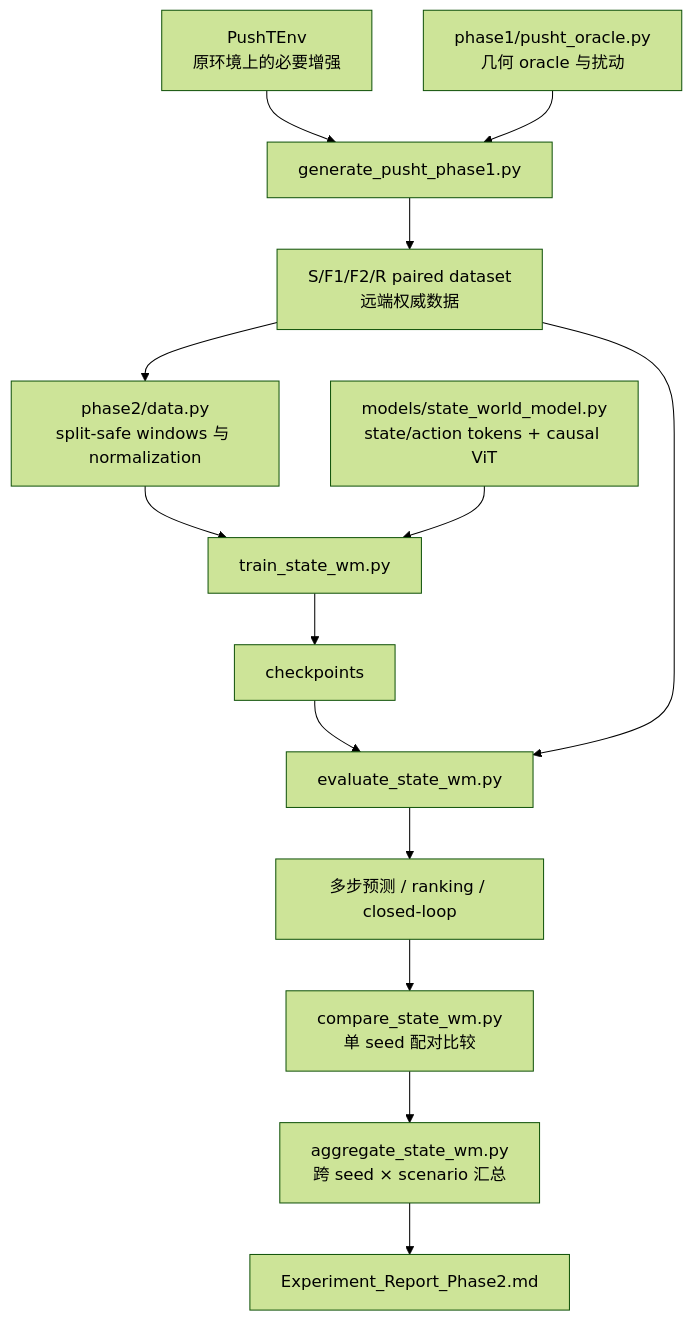
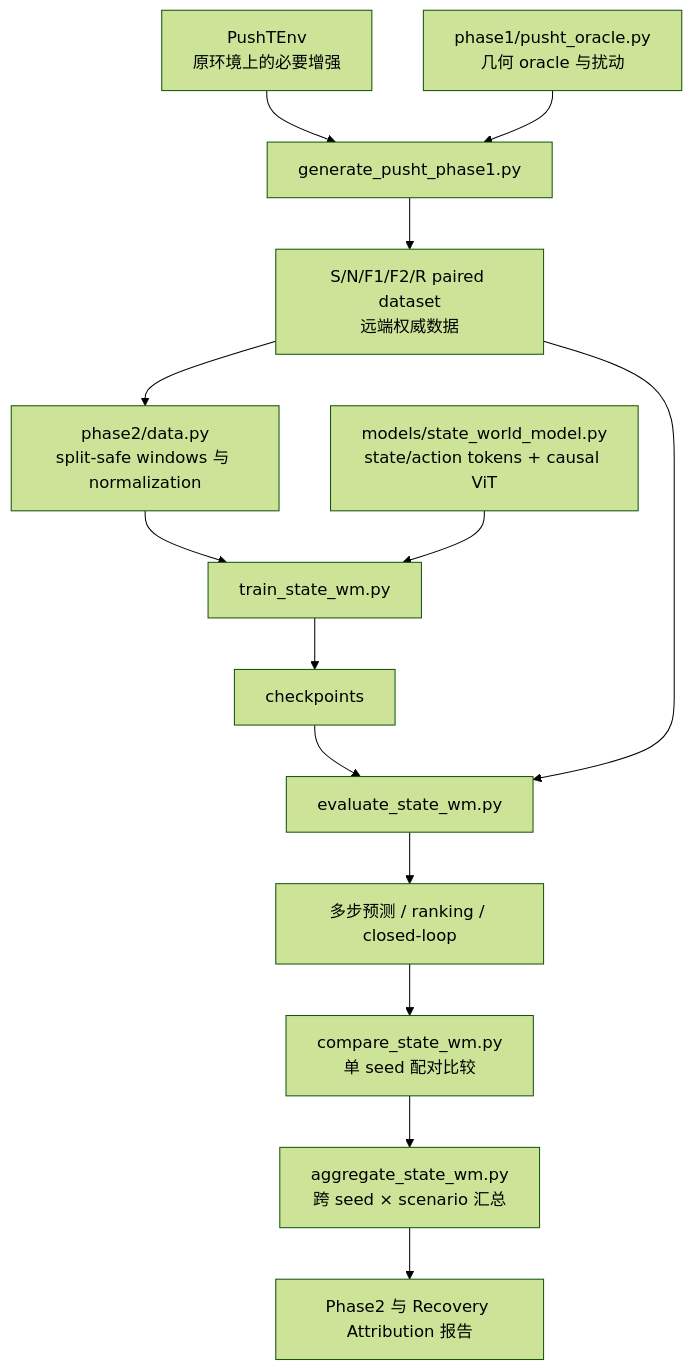
One commit to MoliaiELS/dino_wm changed the diagram in IMPLEMENTATION_OVERVIEW.md. Above: the diagram before and after it, drawn with Mermaid (forest theme). The commit also changed other lines of this file and 3 other files, not shown here.

Commit message:
document recovery attribution pilot

````diff
--- a/IMPLEMENTATION_OVERVIEW.md
+++ b/IMPLEMENTATION_OVERVIEW.md
@@ -41,16 +41,16 @@
 ```mermaid
 flowchart TD
     A[PushTEnv\n原环境上的必要增强] --> B[generate_pusht_phase1.py]
     O[phase1/pusht_oracle.py\n几何 oracle 与扰动] --> B
-    B --> D[S/F1/F2/R paired dataset\n远端权威数据]
+    B --> D[S/N/F1/F2/R paired dataset\n远端权威数据]
     D --> L[phase2/data.py\nsplit-safe windows 与 normalization]
     L --> T[train_state_wm.py]
     M[models/state_world_model.py\nstate/action tokens + causal ViT] --> T
     T --> C[checkpoints]
     C --> E[evaluate_state_wm.py]
     D --> E
     E --> P[多步预测 / ranking / closed-loop]
     P --> S[compare_state_wm.py\n单 seed 配对比较]
     S --> G[aggregate_state_wm.py\n跨 seed × scenario 汇总]
-    G --> R[Experiment_Report_Phase2.md]
+    G --> R[Phase2 与 Recovery Attribution 报告]
 ```
````
